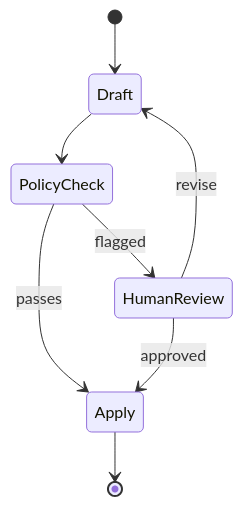
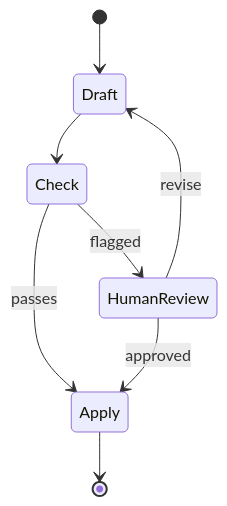
One commit to ashimsharma10/ashimsharma10.github.io changed the third of 4 diagrams in data/blog/graph-engineering-for-agentic-ai.mdx. Above: the diagram before and after it, drawn with Mermaid. The commit also changed other lines of this file and 3 other files, not shown here.

Commit message:
Simplify graph engineering write-up and drop code snippets

````diff
--- a/data/blog/graph-engineering-for-agentic-ai.mdx
+++ b/data/blog/graph-engineering-for-agentic-ai.mdx
@@ -152,10 +105,10 @@
 ```mermaid
 stateDiagram-v2
     [*] --> Draft
-    Draft --> PolicyCheck
-    PolicyCheck --> Apply: passes
-    PolicyCheck --> HumanReview: flagged
+    Draft --> Check
+    Check --> Apply: passes
+    Check --> HumanReview: flagged
     HumanReview --> Apply: approved
     HumanReview --> Draft: revise
     Apply --> [*]
 ```
````
